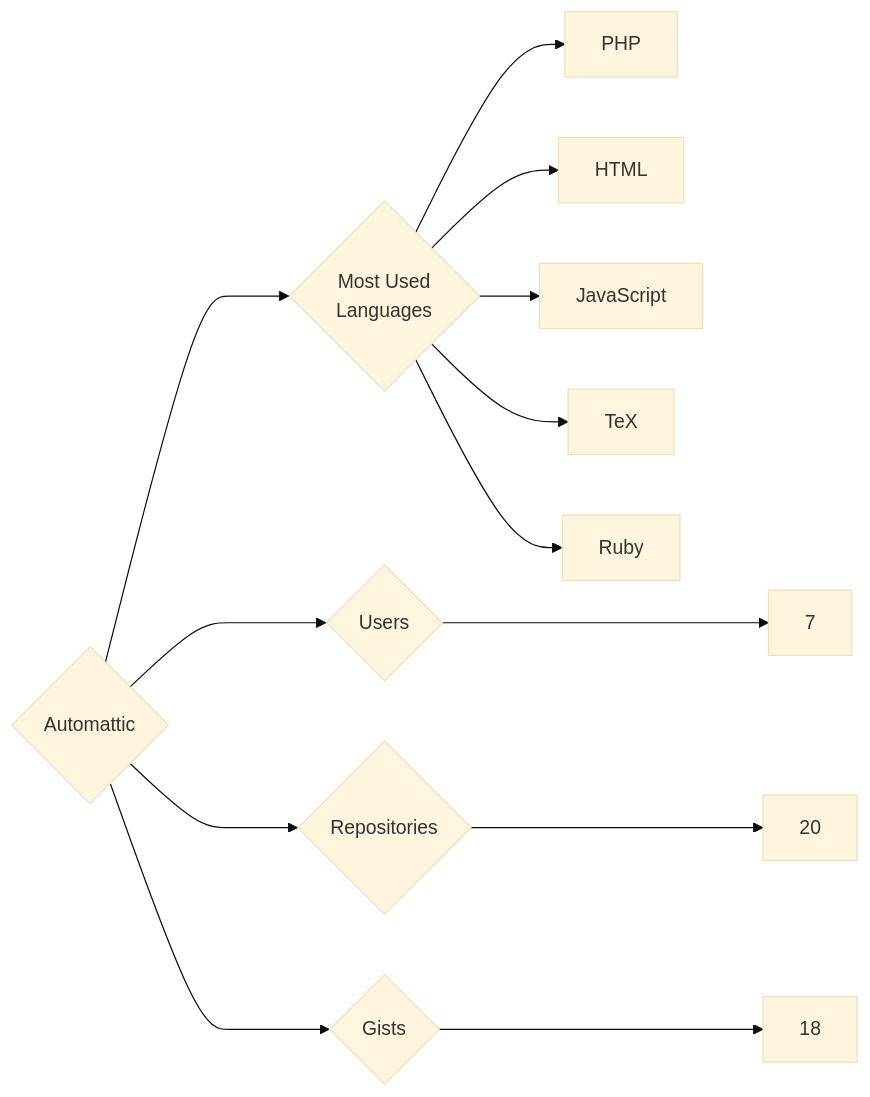
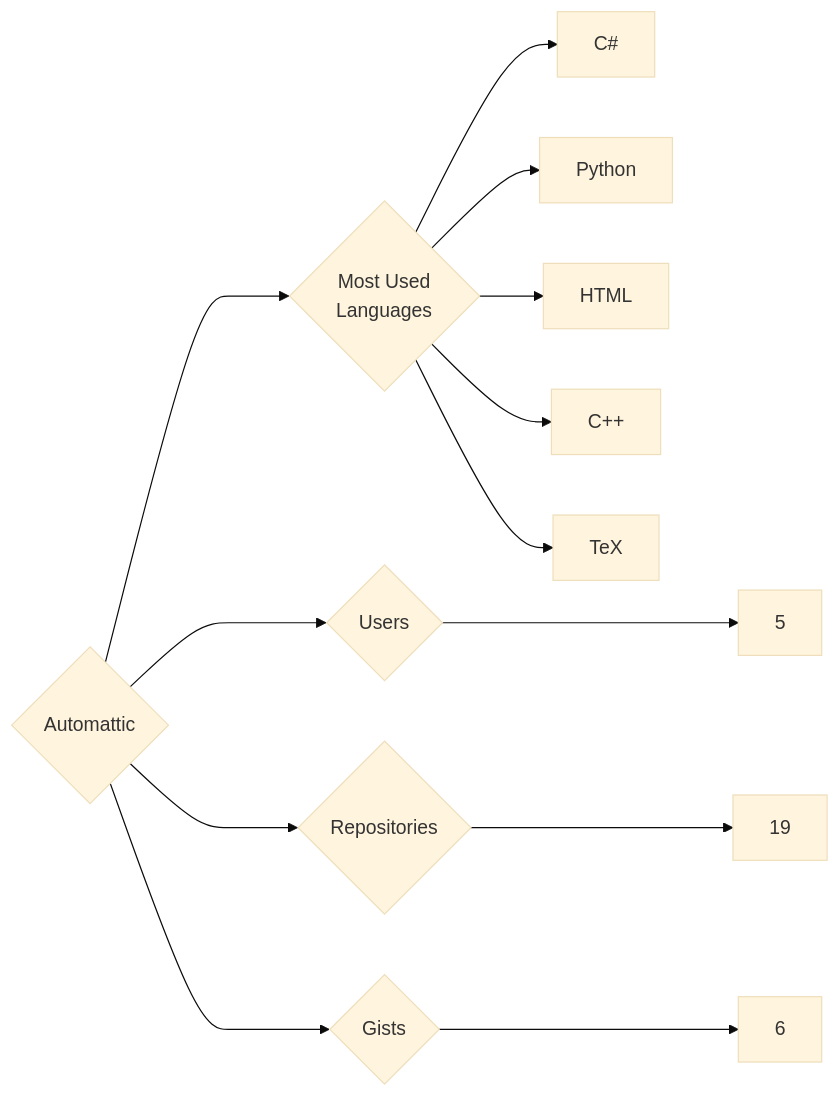
Before and after one commit to trickest/insiders: the diagram in targets/Automattic/README.md, drawn with Mermaid (base theme). The commit also changed 933 other files, not shown here.

````diff
--- a/targets/Automattic/README.md
+++ b/targets/Automattic/README.md
@@ -3,13 +3,13 @@
 ```mermaid
 graph LR
 COMPANY_NAME{Automattic}
-COMPANY_NAME ---> U{Users} ---> UN[7]
-COMPANY_NAME ---> R{Repositories} ---> RN[20]
-COMPANY_NAME ---> G{Gists} ---> GN[18]
+COMPANY_NAME ---> U{Users} ---> UN[5]
+COMPANY_NAME ---> R{Repositories} ---> RN[19]
+COMPANY_NAME ---> G{Gists} ---> GN[6]
 COMPANY_NAME ---> ML{Most Used<br>Languages}
-ML --> PHP[PHP]
+ML --> C#[C#]
+ML --> Python[Python]
 ML --> HTML[HTML]
-ML --> JavaScript[JavaScript]
+ML --> C++[C++]
 ML --> TeX[TeX]
-ML --> Ruby[Ruby]
 ```
````
